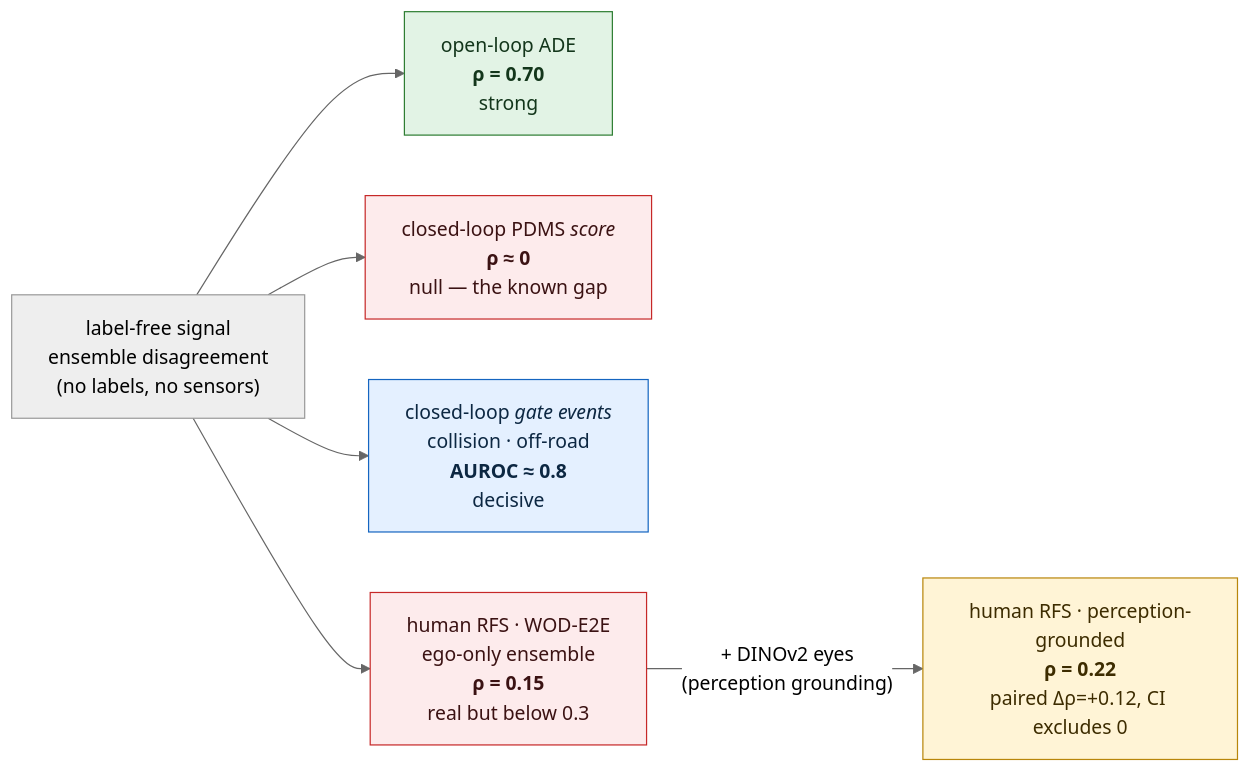
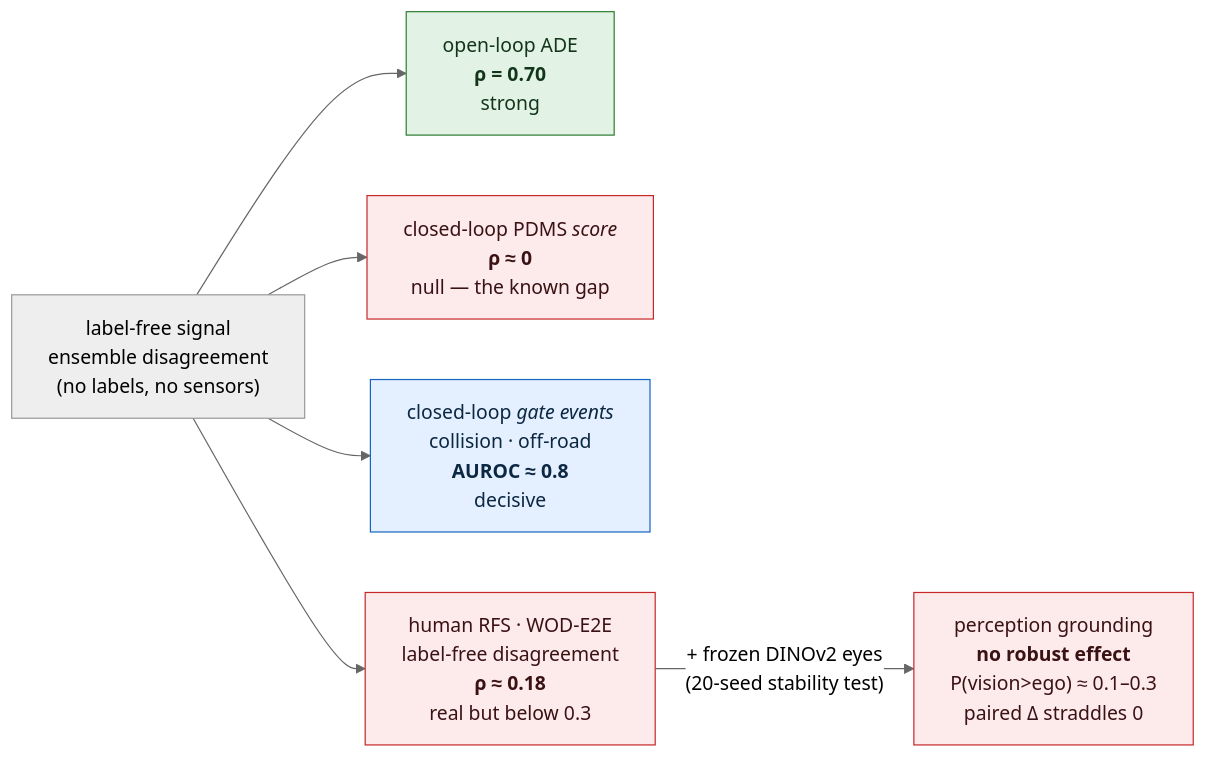
Before and after one commit to manfromnowhere143/perceptionproof: the first of 2 diagrams in README.md, drawn with Mermaid (neutral theme). The commit also changed other lines of this file and 9 other files, not shown here.

First line of the commit message:
P2g: surround view + stability study CORRECTS P2f — perception grounding gives no robust lift

````diff
--- a/README.md
+++ b/README.md
@@ -42,17 +42,15 @@
 ```mermaid
 flowchart LR
   SIG["label-free signal<br/>ensemble disagreement<br/>(no labels, no sensors)"]
   SIG --> A["open-loop ADE<br/><b>ρ = 0.70</b><br/>strong"]
   SIG --> B["closed-loop PDMS <i>score</i><br/><b>ρ ≈ 0</b><br/>null — the known gap"]
   SIG --> C["closed-loop <i>gate events</i><br/>collision · off-road<br/><b>AUROC ≈ 0.8</b><br/>decisive"]
-  SIG --> E["human RFS · WOD-E2E<br/>ego-only ensemble<br/><b>ρ = 0.15</b><br/>real but below 0.3"]
-  E -- "+ DINOv2 eyes<br/>(perception grounding)" --> F["human RFS · perception-grounded<br/><b>ρ = 0.22</b><br/>paired Δρ=+0.12, CI excludes 0"]
+  SIG --> E["human RFS · WOD-E2E<br/>label-free disagreement<br/><b>ρ ≈ 0.18</b><br/>real but below 0.3"]
+  E -- "+ frozen DINOv2 eyes<br/>(20-seed stability test)" --> F["perception grounding<br/><b>no robust effect</b><br/>P(vision>ego) ≈ 0.1–0.3<br/>paired Δ straddles 0"]
   classDef strong fill:#e2f3e5,stroke:#2e7d32,color:#13361b;
   classDef null fill:#fdebec,stroke:#c62828,color:#3b1213;
   classDef win fill:#e4f0ff,stroke:#1565c0,color:#0c2742;
-  classDef lift fill:#fff4d6,stroke:#b8860b,color:#3d2c00;
   class A strong;
-  class B,E null;
+  class B,E,F null;
   class C win;
-  class F lift;
 ```
````
